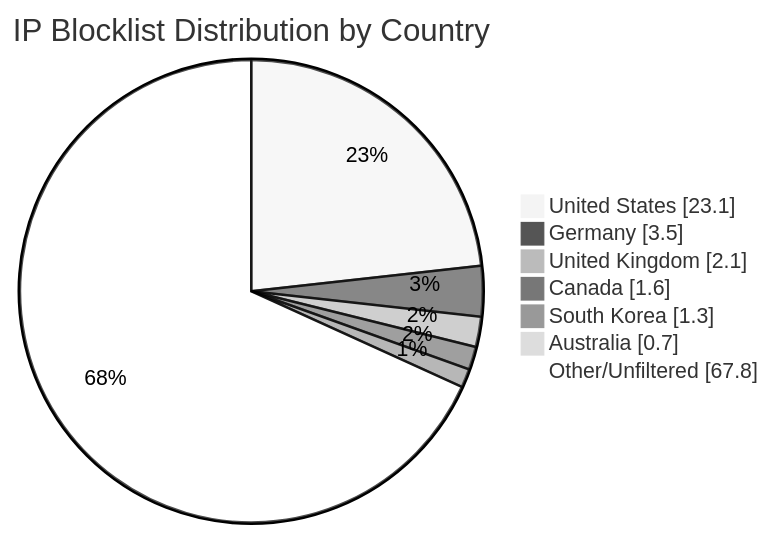
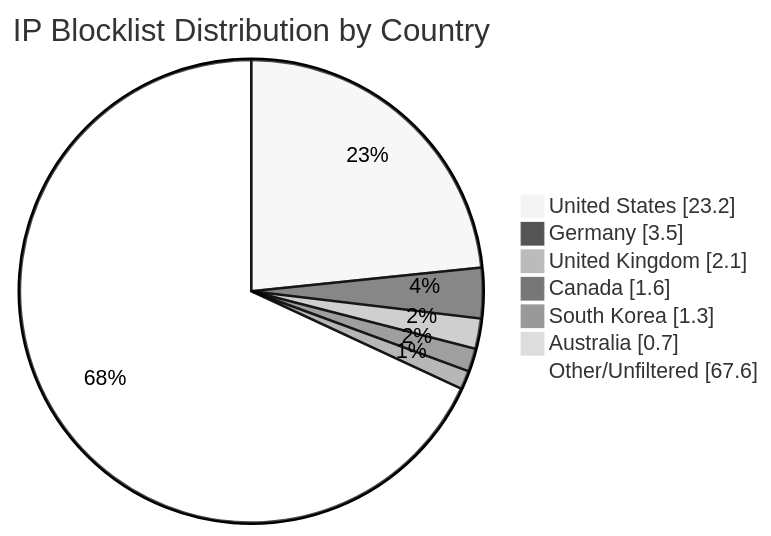
Before and after one commit to MarcusHoltz/ipblocklist-geofiltered-aggregator: the diagram in README.md, drawn with Mermaid (neutral theme). The commit also changed other lines of this file and 9 other files, not shown here.

````diff
--- a/README.md
+++ b/README.md
@@ -34,10 +34,10 @@
 ```mermaid
 pie showData title IP Blocklist Distribution by Country
-"United States" : 23.1
+"United States" : 23.2
 "Germany" : 3.5
 "United Kingdom" : 2.1
 "Canada" : 1.6
 "South Korea" : 1.3
 "Australia" : 0.7
-"Other/Unfiltered" : 67.8
+"Other/Unfiltered" : 67.6
 ```
````
